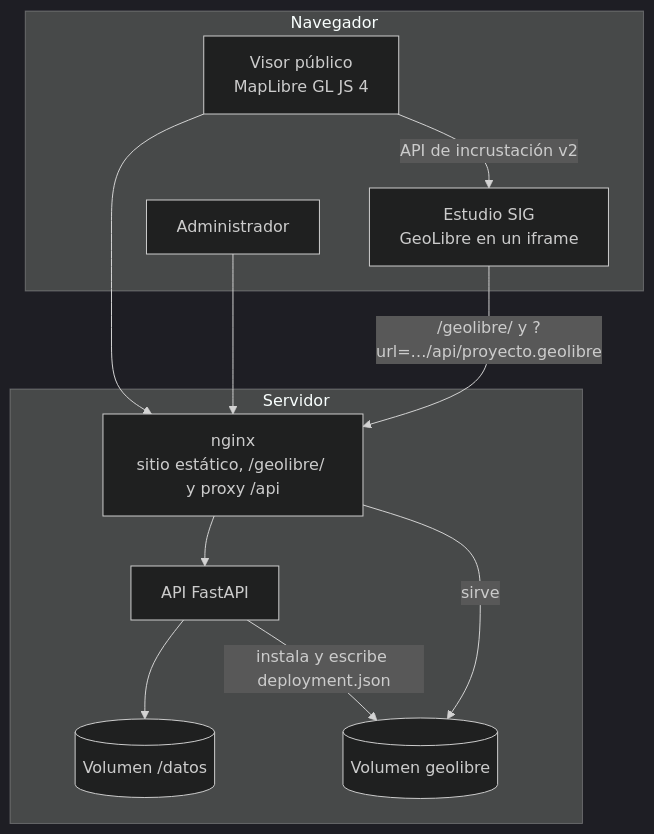
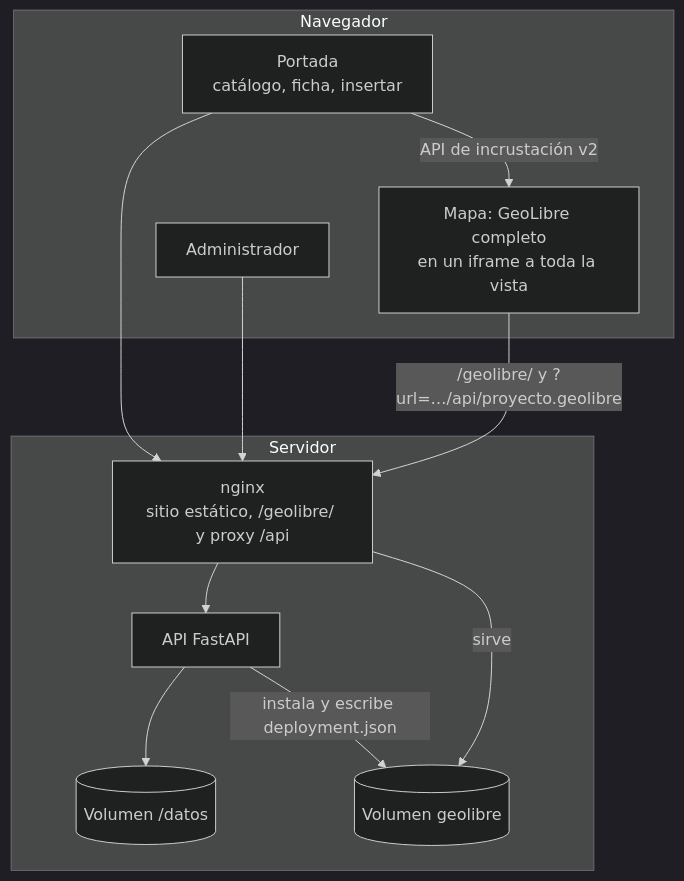
The diagram in docs/arquitectura.md (GobernaciondeNarino/app-ambiente), drawn with Mermaid (dark theme) before and after one commit. The commit also changed other lines of this file and 8 other files, not shown here.

First line of the commit message:
Documentación: GeoLibre como mapa del geoportal

````diff
--- a/docs/arquitectura.md
+++ b/docs/arquitectura.md
@@ -41,19 +41,19 @@
 ```mermaid
 flowchart TB
   subgraph Navegador
-    V[Visor público<br>MapLibre GL JS 4]
+    V[Portada<br>catálogo, ficha, insertar]
     A[Administrador]
-    G[Estudio SIG<br>GeoLibre en un iframe]
+    G[Mapa: GeoLibre completo<br>en un iframe a toda la vista]
   end
   subgraph Servidor
     N[nginx<br>sitio estático, /geolibre/ y proxy /api]
     API[API FastAPI]
     D[(Volumen /datos)]
     GV[(Volumen geolibre)]
   end
   V & A --> N --> API --> D
   V -- API de incrustación v2 --> G
   G -- /geolibre/ y ?url=…/api/proyecto.geolibre --> N
   API -- instala y escribe deployment.json --> GV
   N -- sirve --> GV
 ```
````
